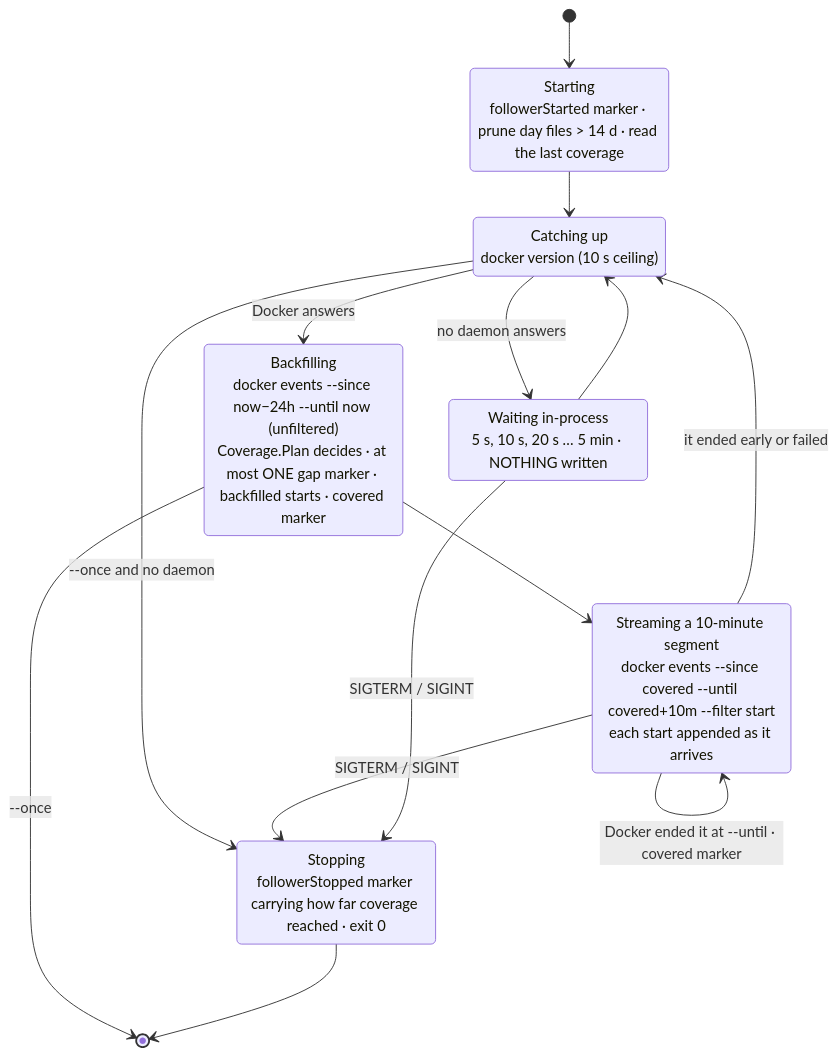
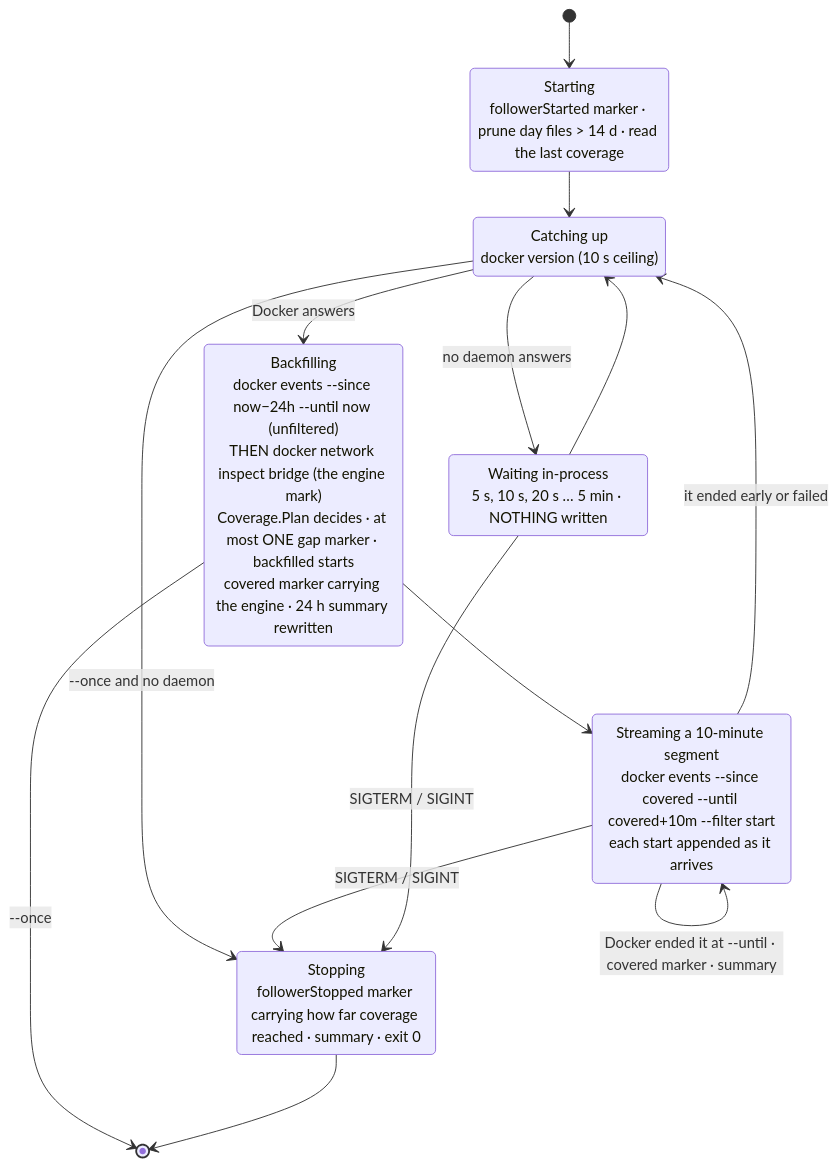
One commit to oleksandrdubyna88/wsl_care changed the sixth of 10 diagrams in research/architecture.md. Above: the diagram before and after it, drawn with Mermaid. The commit also changed other lines of this file and 27 other files, not shown here.

````diff
--- a/research/architecture.md
+++ b/research/architecture.md
@@ -508,22 +526,22 @@
 ```mermaid
 stateDiagram-v2
     [*] --> Starting
     Starting: Starting<br/>followerStarted marker · prune day files > 14 d · read the last coverage
     Starting --> CatchingUp
     CatchingUp: Catching up<br/>docker version (10 s ceiling)
     CatchingUp --> Waiting: no daemon answers
     Waiting: Waiting in-process<br/>5 s, 10 s, 20 s … 5 min · NOTHING written
     Waiting --> CatchingUp
     CatchingUp --> Backfilling: Docker answers
-    Backfilling: Backfilling<br/>docker events --since now−24h --until now (unfiltered)<br/>Coverage.Plan decides · at most ONE gap marker · backfilled starts · covered marker
+    Backfilling: Backfilling<br/>docker events --since now−24h --until now (unfiltered)<br/>THEN docker network inspect bridge (the engine mark)<br/>Coverage.Plan decides · at most ONE gap marker · backfilled starts<br/>covered marker carrying the engine · 24 h summary rewritten
     Backfilling --> Streaming
     Backfilling --> [*]: --once
     CatchingUp --> Stopping: --once and no daemon
     Streaming: Streaming a 10-minute segment<br/>docker events --since covered --until covered+10m --filter start<br/>each start appended as it arrives
-    Streaming --> Streaming: Docker ended it at --until · covered marker
+    Streaming --> Streaming: Docker ended it at --until · covered marker · summary
     Streaming --> CatchingUp: it ended early or failed
     Streaming --> Stopping: SIGTERM / SIGINT
     Waiting --> Stopping: SIGTERM / SIGINT
-    Stopping: Stopping<br/>followerStopped marker carrying how far coverage reached · exit 0
+    Stopping: Stopping<br/>followerStopped marker carrying how far coverage reached · summary · exit 0
     Stopping --> [*]
 ```
````
